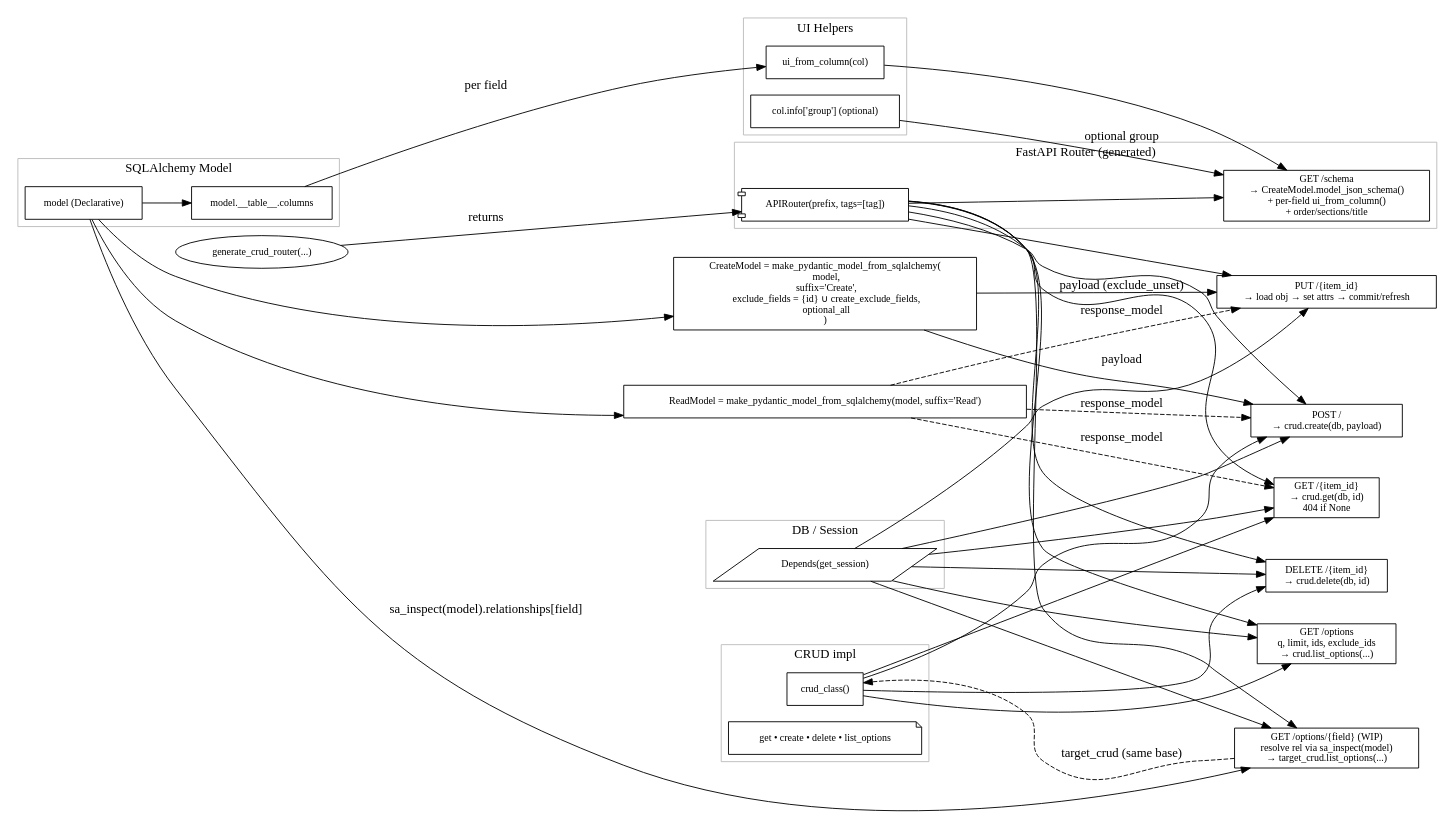
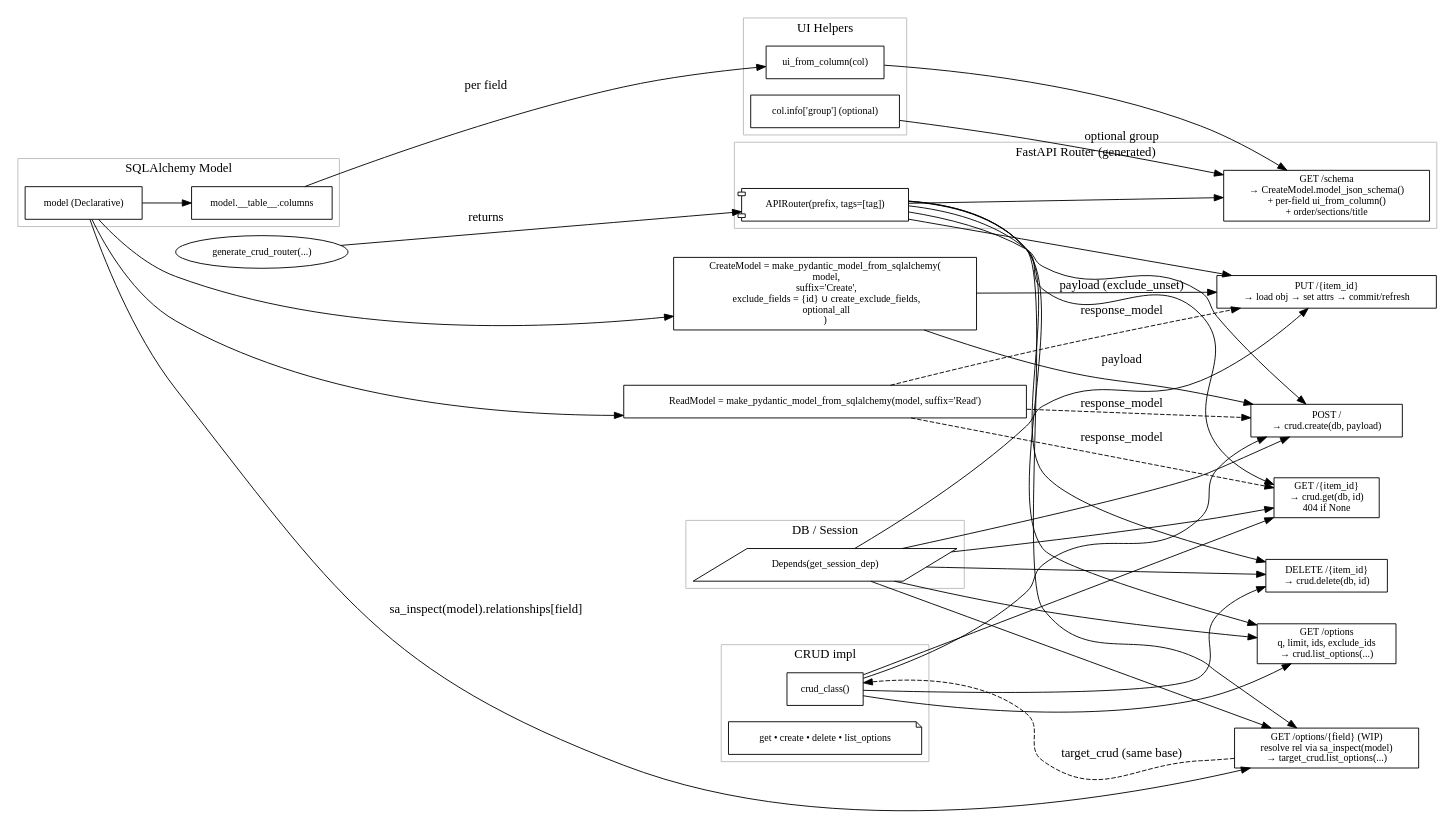
Before and after one commit to asalt/iSPEC: the diagram in src/ispec/api/routes/routes-flow.dot, drawn with Graphviz. The commit also changed other lines of this file and 39 other files, not shown here.

```diff
--- a/src/ispec/api/routes/routes-flow.dot
+++ b/src/ispec/api/routes/routes-flow.dot
@@ -1,104 +1,104 @@
 digraph GenerateCrudRouter {
   rankdir=LR;
   node [shape=box, fontsize=11];
 
   // ===== Clusters =====
   subgraph cluster_model {
     label="SQLAlchemy Model";
     color="#bbbbbb";
     Model [label="model (Declarative)"];
     Columns [label="model.__table__.columns"];
   }
 
   subgraph cluster_pydantic {
     label="Pydantic Models (auto-derived)";
     color="#bbbbbb";
     ReadModel [label="ReadModel = make_pydantic_model_from_sqlalchemy(model, suffix='Read')"];
     CreateModel [label="CreateModel = make_pydantic_model_from_sqlalchemy(\n  model,\n  suffix='Create',\n  exclude_fields = {id} ∪ create_exclude_fields,\n  optional_all\n)"];
   }
 
   subgraph cluster_router {
     label="FastAPI Router (generated)";
     color="#bbbbbb";
     Router [label="APIRouter(prefix, tags=[tag])", shape=component];
 
     Schema [label="GET /schema\n→ CreateModel.model_json_schema()\n+ per-field ui_from_column()\n+ order/sections/title"];
     GetItem [label="GET /{item_id}\n→ crud.get(db, id)\n404 if None"];
     CreateItem [label="POST /\n→ crud.create(db, payload)"];
     UpdateItem [label="PUT /{item_id}\n→ load obj → set attrs → commit/refresh"];
     DeleteItem [label="DELETE /{item_id}\n→ crud.delete(db, id)"];
     Options [label="GET /options\nq, limit, ids, exclude_ids\n→ crud.list_options(...)"];
     OptionsField [label="GET /options/{field} (WIP)\nresolve rel via sa_inspect(model)\n→ target_crud.list_options(...)"];
   }
 
   subgraph cluster_crud {
     label="CRUD impl";
     color="#bbbbbb";
     CrudClass [label="crud_class()"];
     Methods [label="get • create • delete • list_options", shape=note];
   }
 
   subgraph cluster_db {
     label="DB / Session";
     color="#bbbbbb";
-    SessionDep [label="Depends(get_session)", shape=parallelogram];
+    SessionDep [label="Depends(get_session_dep)", shape=parallelogram];
   }
 
   subgraph cluster_ui {
     label="UI Helpers";
     color="#bbbbbb";
     UIFunc [label="ui_from_column(col)"];
     GroupInfo [label="col.info['group'] (optional)"];
   }
 
   // ===== Edges =====
   Model -> Columns;
   Model -> ReadModel;
   Model -> CreateModel;
 
   // Router wiring
   Router -> Schema;
   Router -> GetItem;
   Router -> CreateItem;
   Router -> UpdateItem;
   Router -> DeleteItem;
   Router -> Options;
   Router -> OptionsField;
 
   // Schema path enriches with UI
   Columns -> UIFunc [label="per field"];
   UIFunc -> Schema;
   GroupInfo -> Schema [label="optional group"];
 
   // Endpoints use CRUD + DB
   CrudClass -> GetItem;
   CrudClass -> CreateItem;
   CrudClass -> DeleteItem;
   CrudClass -> Options;
 
   SessionDep -> GetItem;
   SessionDep -> CreateItem;
   SessionDep -> UpdateItem;
   SessionDep -> DeleteItem;
   SessionDep -> Options;
   SessionDep -> OptionsField;
 
   // Update path flow
   CreateModel -> CreateItem [label="payload"];
   CreateModel -> UpdateItem [label="payload (exclude_unset)"];
   ReadModel -> GetItem [label="response_model", style=dashed];
   ReadModel -> CreateItem [label="response_model", style=dashed];
   ReadModel -> UpdateItem [label="response_model", style=dashed];
 
   // /options/{field} resolution
   Model -> OptionsField [label="sa_inspect(model).relationships[field]"];
   OptionsField -> CrudClass [label="target_crud (same base)", style=dashed];
 
   // Overall generator
   Generator [label="generate_crud_router(...)", shape=oval];
   Generator -> Router [label="returns"];
 
   // Styling hints
   {rank=same; ReadModel; CreateModel}
   {rank=same; GetItem; CreateItem; UpdateItem; DeleteItem; Options; OptionsField}
 }
```
